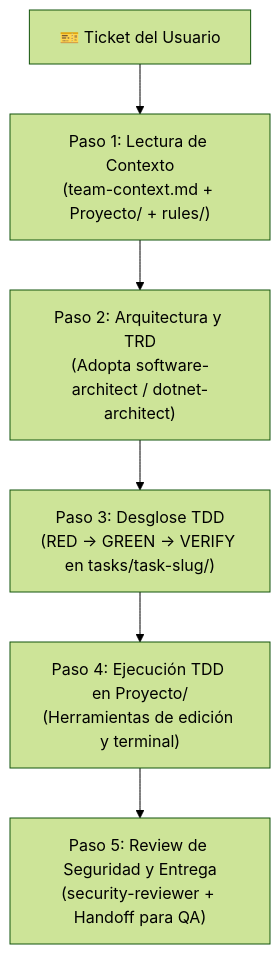
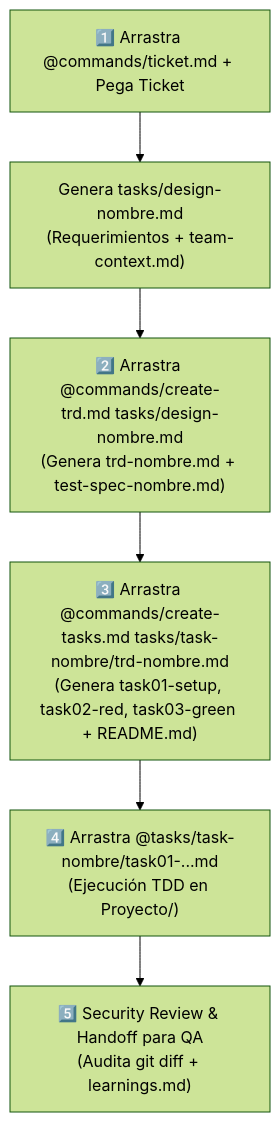
The diagram in AGENTS.md (NXT-pixel/Faena), drawn with Mermaid (forest theme) before and after one commit. The commit also changed other lines of this file and 7 other files, not shown here.

Commit message:
feat: Add chat-native drag-and-drop workflow commands and ticket intake

````diff
--- a/AGENTS.md
+++ b/AGENTS.md
@@ -39,8 +39,8 @@
 ```mermaid
 flowchart TD
-    T["🎫 Ticket del Usuario"] --> P1["Paso 1: Lectura de Contexto\n(team-context.md + Proyecto/ + rules/)"]
-    P1 --> P2["Paso 2: Arquitectura y TRD\n(Adopta software-architect / dotnet-architect)"]
-    P2 --> P3["Paso 3: Desglose TDD\n(RED -> GREEN -> VERIFY en tasks/task-slug/)"]
-    P3 --> P4["Paso 4: Ejecución TDD en Proyecto/\n(Herramientas de edición y terminal)"]
-    P4 --> P5["Paso 5: Review de Seguridad y Entrega\n(security-reviewer + Handoff para QA)"]
+    T["1️⃣ Arrastra @commands/ticket.md + Pega Ticket"] --> P1["Genera tasks/design-nombre.md\n(Requerimientos + team-context.md)"]
+    P1 --> P2["2️⃣ Arrastra @commands/create-trd.md tasks/design-nombre.md\n(Genera trd-nombre.md + test-spec-nombre.md)"]
+    P2 --> P3["3️⃣ Arrastra @commands/create-tasks.md tasks/task-nombre/trd-nombre.md\n(Genera task01-setup, task02-red, task03-green + README.md)"]
+    P3 --> P4["4️⃣ Arrastra @tasks/task-nombre/task01-...md\n(Ejecución TDD en Proyecto/)"]
+    P4 --> P5["5️⃣ Security Review & Handoff para QA\n(Audita git diff + learnings.md)"]
 ```
````
